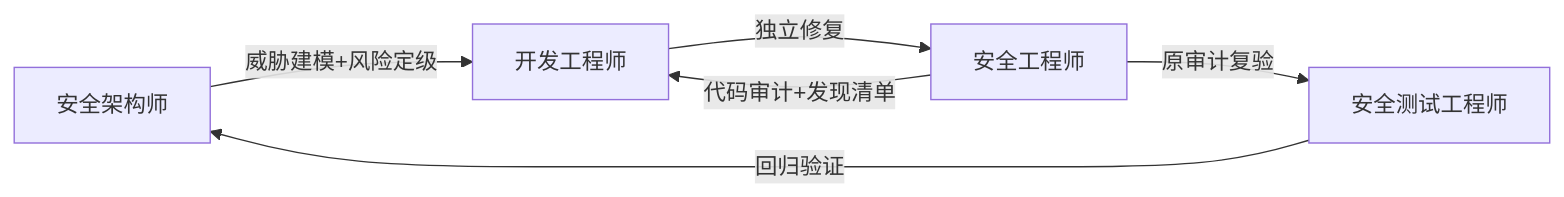
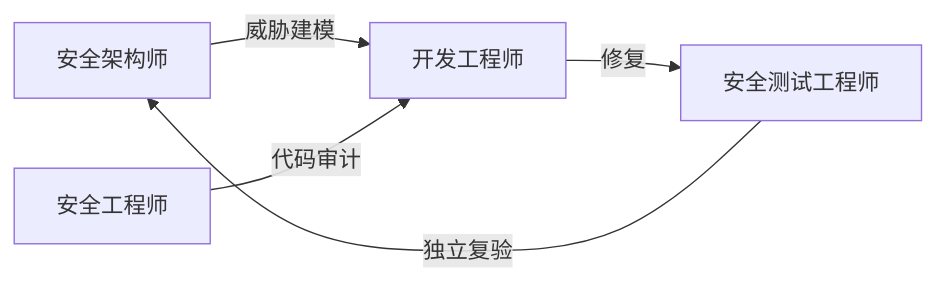
Before and after one commit to icylight/pi-tavern: the fourth of 7 diagrams in README.md, drawn with Mermaid. The commit also changed other lines of this file and 1 other file, not shown here.

````diff
--- a/README.md
+++ b/README.md
@@ -91,8 +91,7 @@
 ```mermaid
 flowchart LR
-    SA["安全架构师"] -->|"威胁建模+风险定级"| DV["开发工程师"]
-    SE["安全工程师"] -->|"代码审计+发现清单"| DV
-    DV -->|"独立修复"| SE
-    SE -->|"原审计复验"| ST["安全测试工程师"]
-    ST -->|"回归验证"| SA
+    SA["安全架构师"] -->|"威胁建模"| DE["开发工程师"]
+    SE["安全工程师"] -->|"代码审计"| DE
+    DE -->|"修复"| ST["安全测试工程师"]
+    ST -->|"独立复验"| SA
 ```
````
